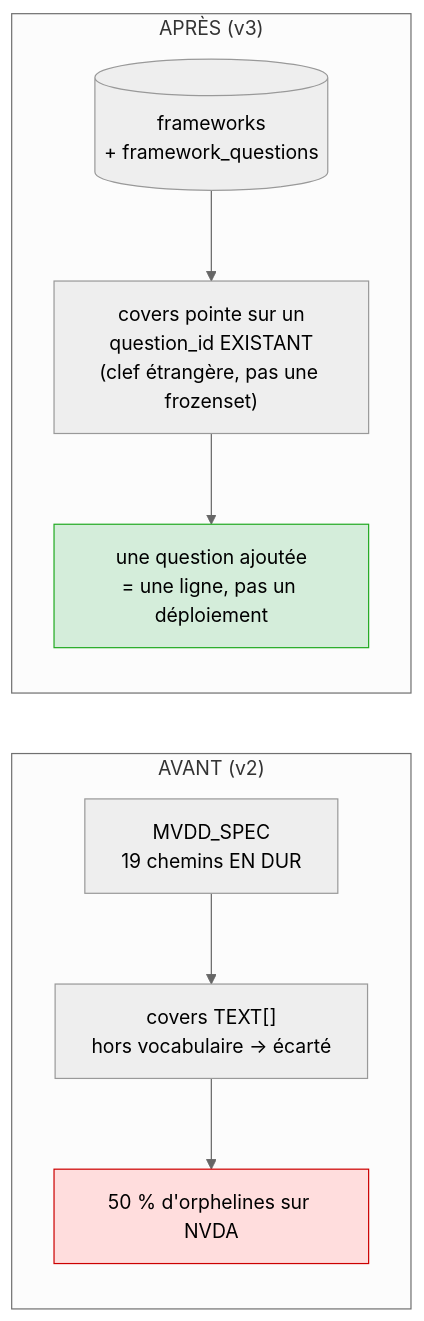
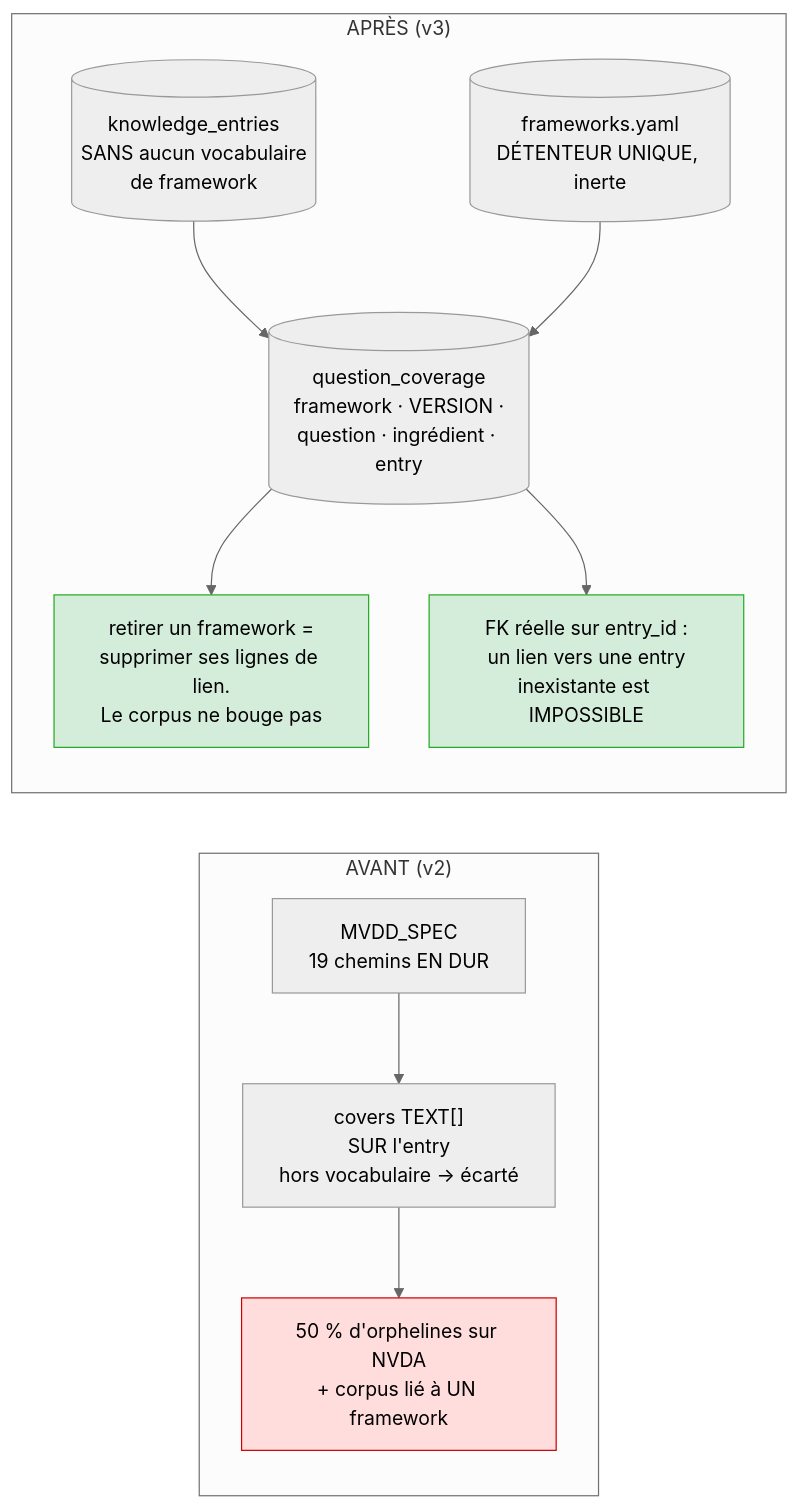
Before and after one commit to jeanlangloismeurinne/ai-vps-projects: the tenth of 15 diagrams in projects/portfolio-tracker/roadmap/03-spec-frameworks.md, drawn with Mermaid (neutral theme). The commit also changed other lines of this file and 11 other files, not shown here.

````diff
--- a/projects/portfolio-tracker/roadmap/03-spec-frameworks.md
+++ b/projects/portfolio-tracker/roadmap/03-spec-frameworks.md
@@ -587,13 +767,16 @@
 ```mermaid
 graph LR
   subgraph AVANT["AVANT (v2)"]
-    A1["MVDD_SPEC<br/>19 chemins EN DUR"] --> A2["covers TEXT[]<br/>hors vocabulaire → écarté"]
-    A2 --> A3["50 % d'orphelines sur NVDA"]
+    A1["MVDD_SPEC<br/>19 chemins EN DUR"] --> A2["covers TEXT[]<br/>SUR l'entry<br/>hors vocabulaire → écarté"]
+    A2 --> A3["50 % d'orphelines sur NVDA<br/>+ corpus lié à UN framework"]
   end
   subgraph APRES["APRÈS (v3)"]
-    B1[("frameworks<br/>+ framework_questions")] --> B2["covers pointe sur un<br/>question_id EXISTANT<br/>(clef étrangère, pas une frozenset)"]
-    B2 --> B3["une question ajoutée<br/>= une ligne, pas un déploiement"]
+    B1[("knowledge_entries<br/>SANS aucun vocabulaire<br/>de framework")] --> B2[("question_coverage<br/>framework · VERSION ·<br/>question · ingrédient · entry")]
+    B0[("frameworks.yaml<br/>DÉTENTEUR UNIQUE, inerte")] --> B2
+    B2 --> B3["retirer un framework =<br/>supprimer ses lignes de lien.<br/>Le corpus ne bouge pas"]
+    B2 --> B4["FK réelle sur entry_id :<br/>un lien vers une entry<br/>inexistante est IMPOSSIBLE"]
   end
   style A3 fill:#fdd,stroke:#c00
   style B3 fill:#d4edda,stroke:#2a2
+  style B4 fill:#d4edda,stroke:#2a2
 ```
````
